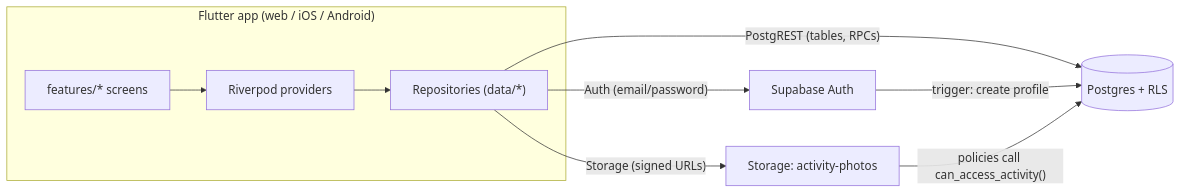
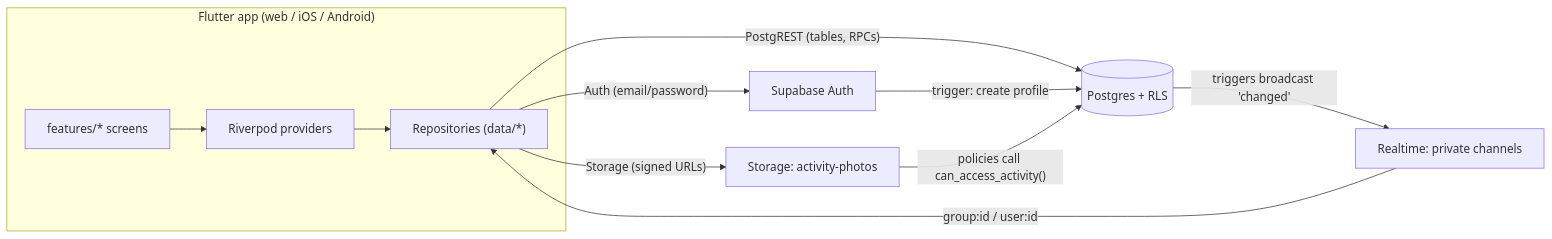
Before and after one commit to kangjin97/project1.0: the first of 2 diagrams in docs/architecture.md, drawn with Mermaid. The commit also changed other lines of this file and 16 other files, not shown here.

````diff
--- a/docs/architecture.md
+++ b/docs/architecture.md
@@ -5,12 +5,14 @@
 ```mermaid
 flowchart LR
   subgraph App["Flutter app (web / iOS / Android)"]
     UI["features/* screens"] --> P["Riverpod providers"]
     P --> R["Repositories (data/*)"]
   end
   R -- "PostgREST (tables, RPCs)" --> DB[(Postgres + RLS)]
   R -- "Auth (email/password)" --> AUTH[Supabase Auth]
   R -- "Storage (signed URLs)" --> ST[Storage: activity-photos]
+  DB -- "triggers broadcast 'changed'" --> RT[Realtime: private channels]
+  RT -- "group:id / user:id" --> R
   AUTH -- "trigger: create profile" --> DB
   ST -- "policies call can_access_activity()" --> DB
 ```
````
